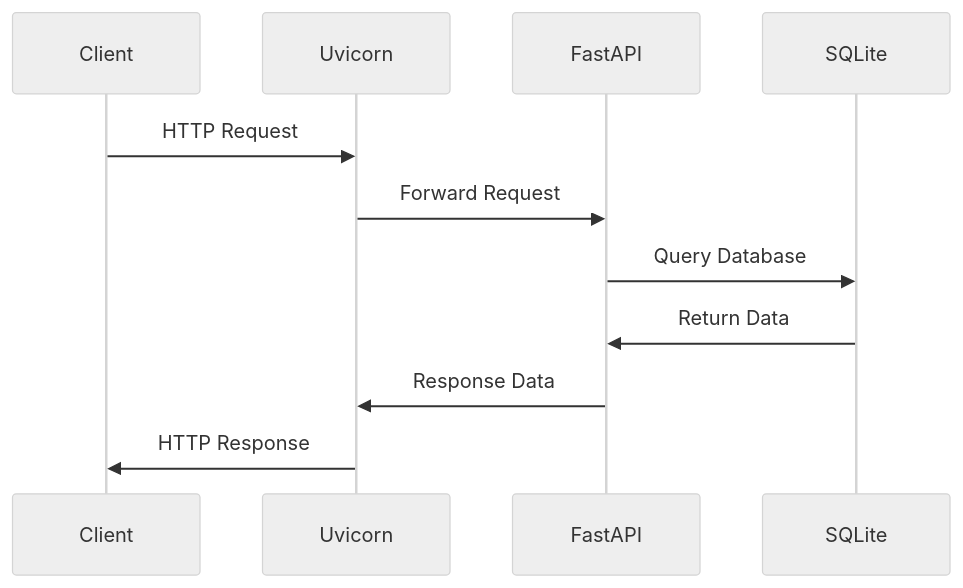
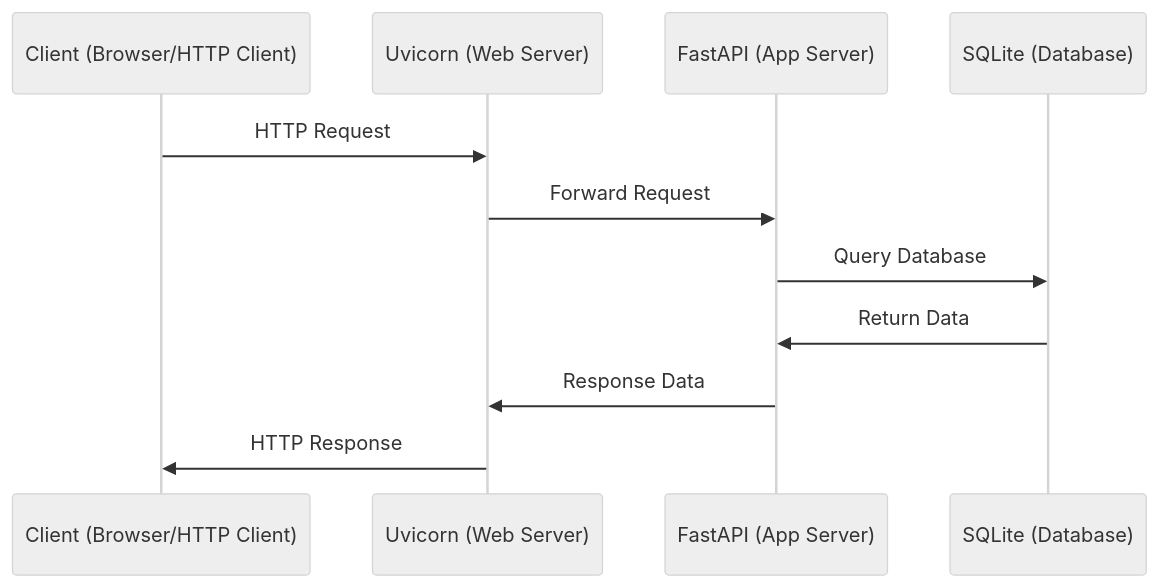
One commit to PageotD/url_shortener changed the diagram in README.md. Above: the diagram before and after it, drawn with Mermaid (neutral theme).

Commit message:
doc(README): add sequence diagram

````diff
--- a/README.md
+++ b/README.md
@@ -12,14 +12,14 @@
 ```mermaid
 sequenceDiagram
-    participant Client
-    participant Uvicorn
-    participant FastAPI
-    participant SQLite
+    participant Client as Client (Browser/HTTP Client)
+    participant Uvicorn as Uvicorn (Web Server)
+    participant FastAPI as FastAPI (App Server)
+    participant SQLite as SQLite (Database)
 
     Client->>Uvicorn: HTTP Request
     Uvicorn->>FastAPI: Forward Request
     FastAPI->>SQLite: Query Database
     SQLite->>FastAPI: Return Data
     FastAPI->>Uvicorn: Response Data
     Uvicorn->>Client: HTTP Response
 ```
````
